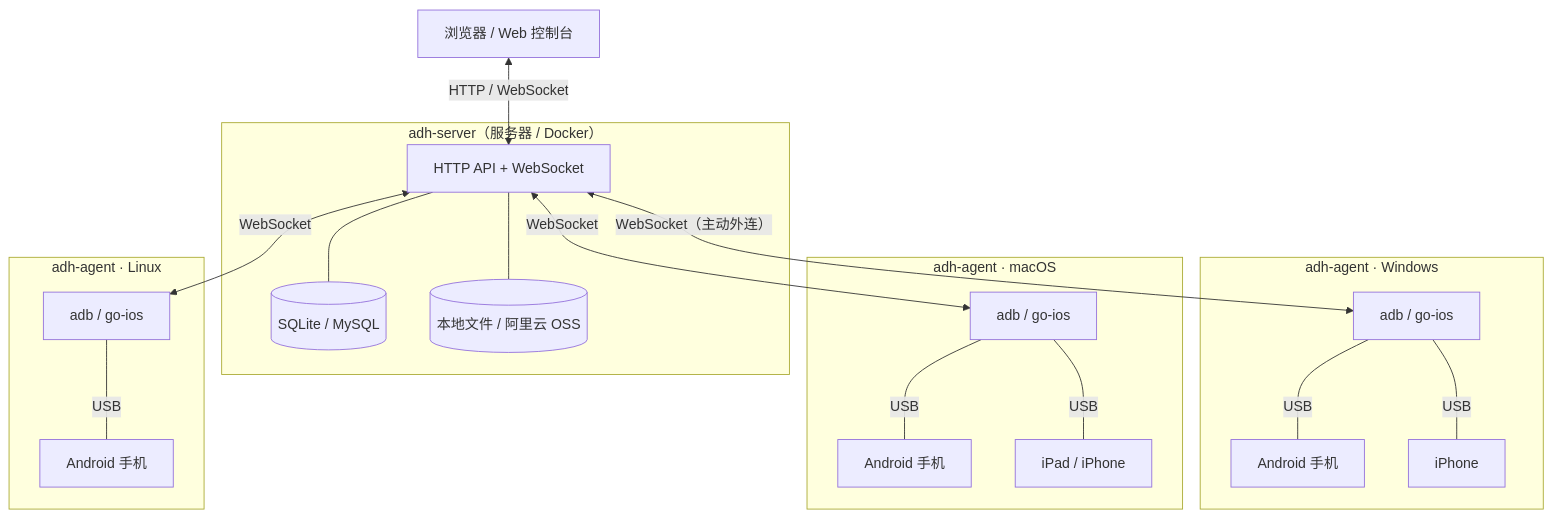
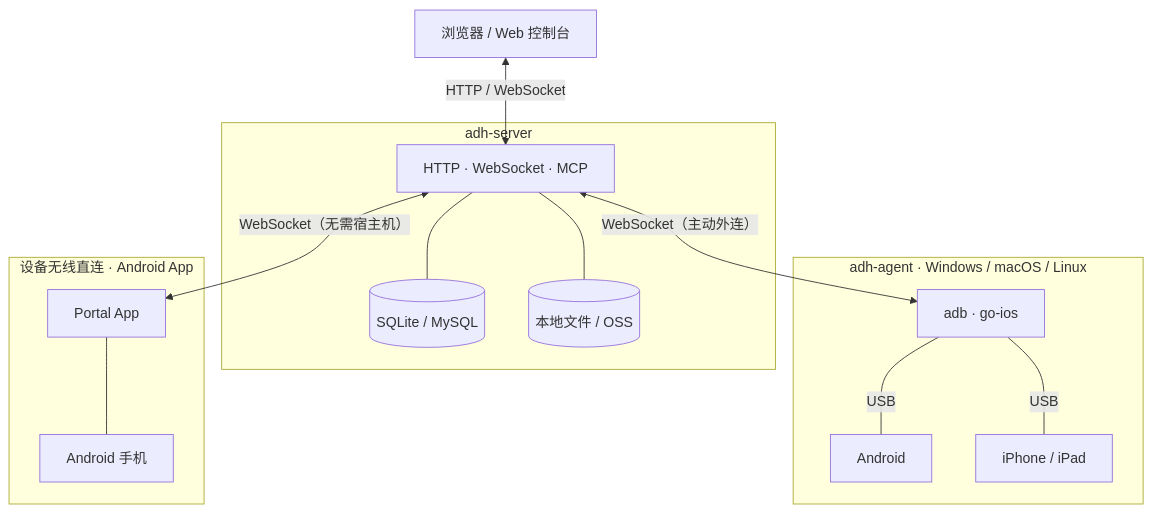
One commit to ZhouQQQ/adh changed the diagram in README.md. Above: the diagram before and after it, drawn with Mermaid. The commit also changed other lines of this file and 1 other file, not shown here.

First line of the commit message:
docs: 更新 README 架构图与 AGENTS 说明

````diff
--- a/README.md
+++ b/README.md
@@ -7,40 +7,31 @@
 ```mermaid
 flowchart TB
     Browser["浏览器 / Web 控制台"]
 
-    subgraph Server["adh-server（服务器 / Docker）"]
-        API["HTTP API + WebSocket"]
+    subgraph Server["adh-server"]
+        API["HTTP · WebSocket · MCP"]
         DB[("SQLite / MySQL")]
-        FS[("本地文件 / 阿里云 OSS")]
+        FS[("本地文件 / OSS")]
     end
 
     Browser <-->|"HTTP / WebSocket"| API
     API --- DB
     API --- FS
 
-    subgraph N1["adh-agent · Windows"]
-        W1["adb / go-ios"]
-        P1["Android 手机"]
-        P2["iPhone"]
-        W1 ---|USB| P1
-        W1 ---|USB| P2
+    subgraph Host["adh-agent · Windows / macOS / Linux"]
+        ADB["adb · go-ios"]
+        H1["Android"]
+        H2["iPhone / iPad"]
+        ADB ---|USB| H1
+        ADB ---|USB| H2
     end
 
-    subgraph N2["adh-agent · macOS"]
-        W2["adb / go-ios"]
-        P3["Android 手机"]
-        P4["iPad / iPhone"]
-        W2 ---|USB| P3
-        W2 ---|USB| P4
+    subgraph Portal["设备无线直连 · Android App"]
+        APP["Portal App"]
+        P1["Android 手机"]
+        APP --- P1
     end
 
-    subgraph N3["adh-agent · Linux"]
-        W3["adb / go-ios"]
-        P5["Android 手机"]
-        W3 ---|USB| P5
-    end
-
-    API <-->|"WebSocket（主动外连）"| W1
-    API <-->|"WebSocket"| W2
-    API <-->|"WebSocket"| W3
+    API <-->|"WebSocket（主动外连）"| ADB
+    API <-->|"WebSocket（无需宿主机）"| APP
 ```
````
